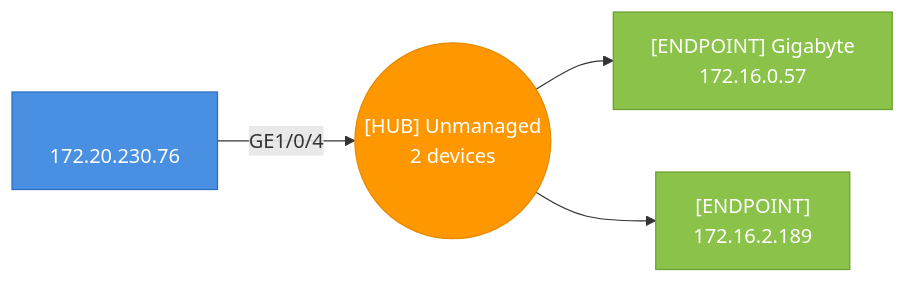
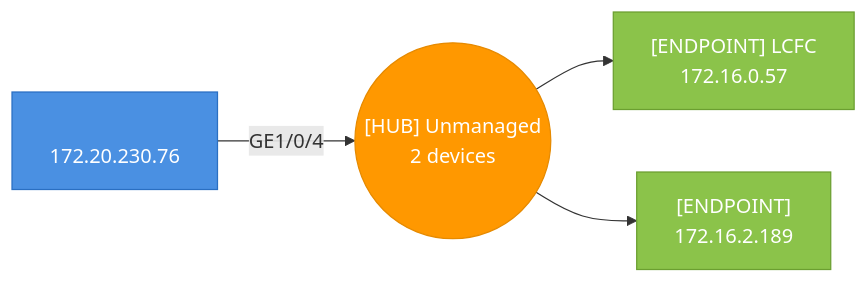
The seventh of 38 diagrams in testdata/golden/audit_default.md (djamic/LLDP-Skanner-Go), drawn with Mermaid before and after one commit. The commit also changed other lines of this file and 11 other files, not shown here.

````diff
--- a/testdata/golden/audit_default.md
+++ b/testdata/golden/audit_default.md
@@ -1462,14 +1402,14 @@
 ```mermaid
 graph LR
   hub_4caea38decc1_p4(("[HUB] Unmanaged<br>2 devices"))
   4caea38decc1["<br>172.20.230.76"]
   4caea38decc1-- "GE1/0/4" -->hub_4caea38decc1_p4
   style 4caea38decc1 fill:#4A90E2,stroke:#2A6FC2,color:#fff
-  902e169d3d37["[ENDPOINT] Gigabyte<br>172.16.0.57"]
+  902e169d3d37["[ENDPOINT] LCFC<br>172.16.0.57"]
   hub_4caea38decc1_p4-->902e169d3d37
   style 902e169d3d37 fill:#8BC34A,stroke:#6B9F30,color:#fff
   ec74d764cb9f["[ENDPOINT]<br>172.16.2.189"]
   hub_4caea38decc1_p4-->ec74d764cb9f
   style ec74d764cb9f fill:#8BC34A,stroke:#6B9F30,color:#fff
   style hub_4caea38decc1_p4 fill:#FF9800,stroke:#E68A00,color:#fff
 ```
````
